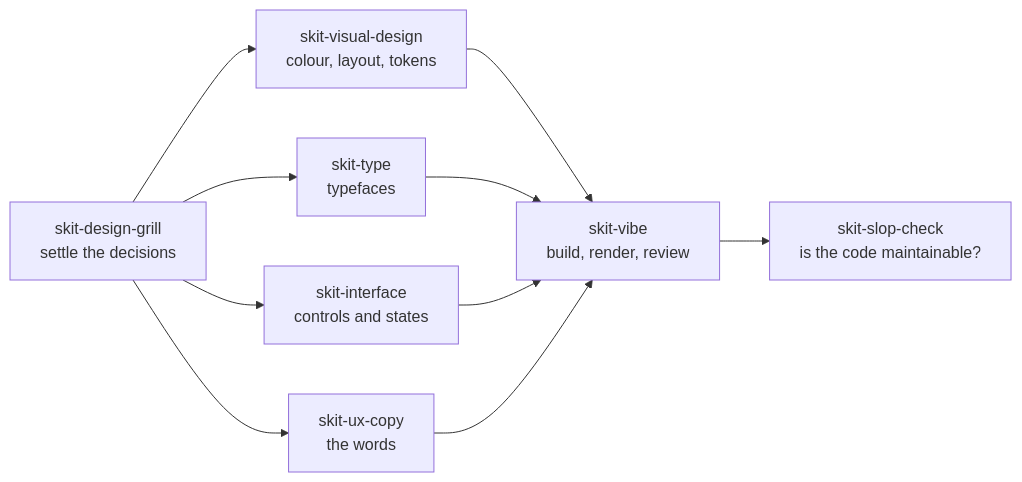
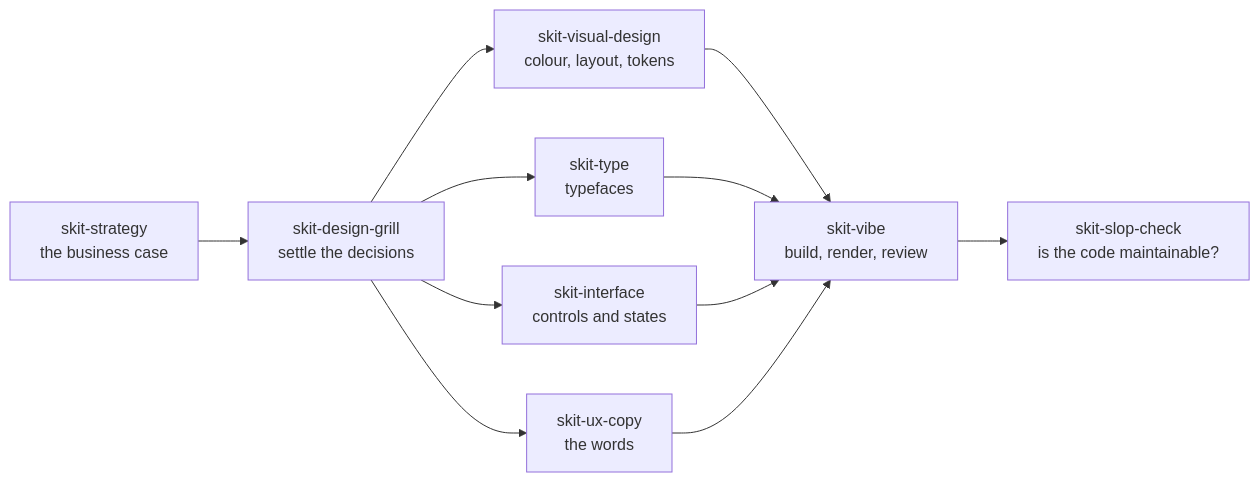
Before and after one commit to sudakshsoti/skit: the diagram in README.md, drawn with Mermaid. The commit also changed other lines of this file and 6 other files, not shown here.

Commit message:
Add skit-strategy, moved from the owner's private skills

````diff
--- a/README.md
+++ b/README.md
@@ -40,12 +40,13 @@
 ```mermaid
 flowchart LR
+    P[skit-strategy<br/>the business case] --> G
     G[skit-design-grill<br/>settle the decisions] --> A[skit-visual-design<br/>colour, layout, tokens]
     G --> T[skit-type<br/>typefaces]
     G --> I[skit-interface<br/>controls and states]
     G --> C[skit-ux-copy<br/>the words]
     A --> V[skit-vibe<br/>build, render, review]
     T --> V
     I --> V
     C --> V
     V --> S[skit-slop-check<br/>is the code maintainable?]
 ```
````
